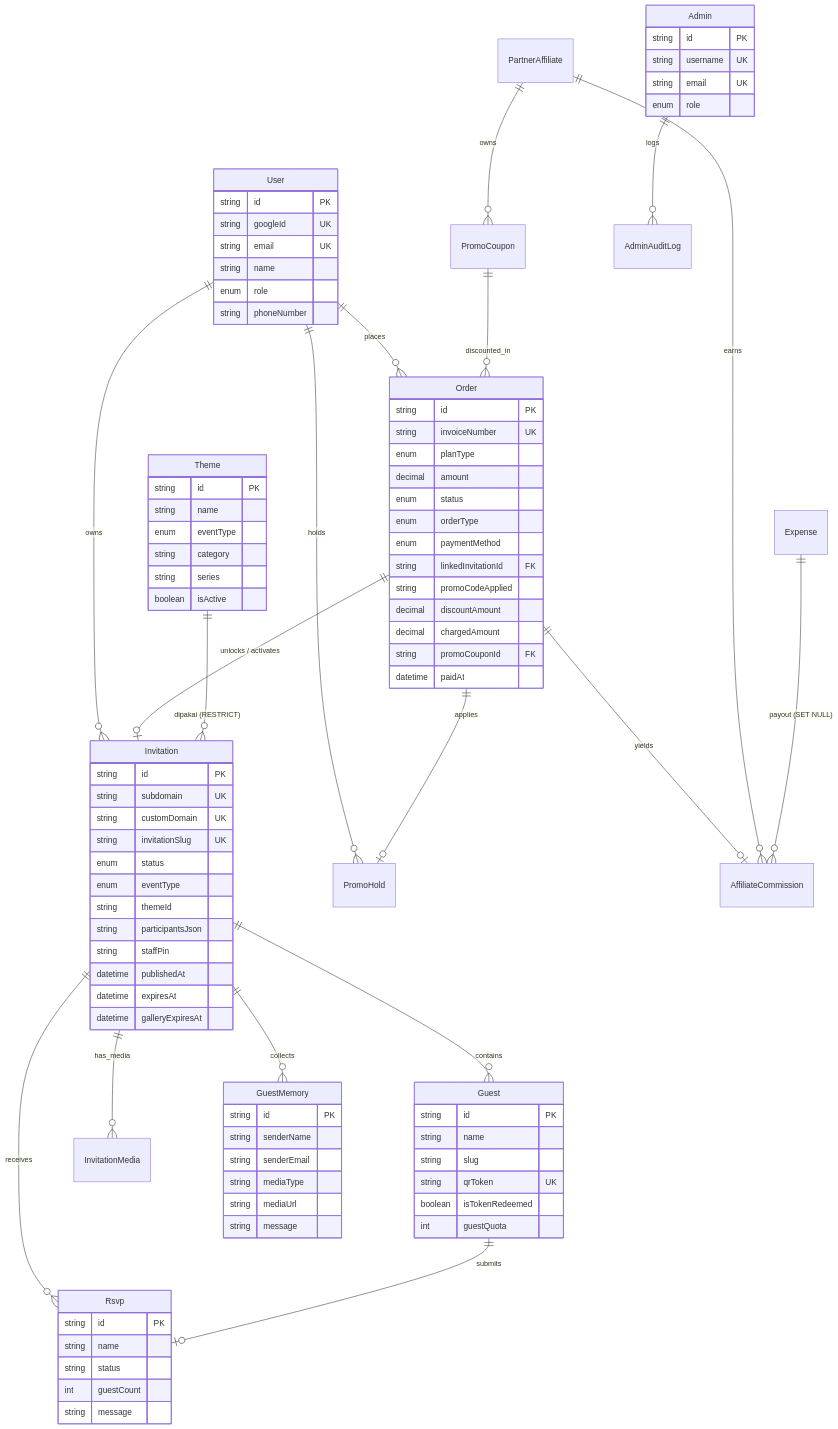
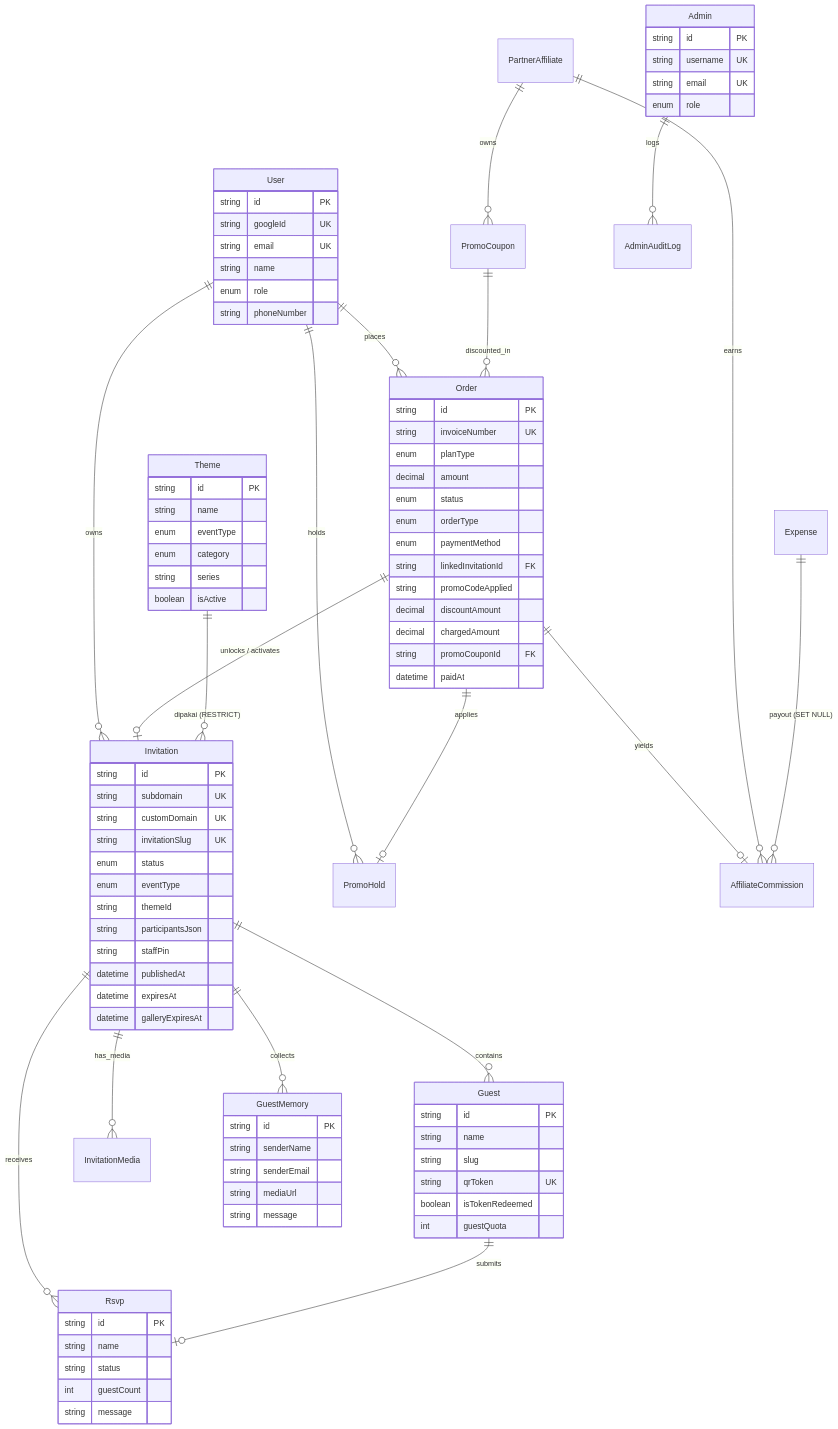
One commit to armansyam/luxenary-invite changed the first of 3 diagrams in docs/DATABASE_SCHEMA_DAN_RELASI.md. Above: the diagram before and after it, drawn with Mermaid. The commit also changed other lines of this file and 21 other files, not shown here.

First line of the commit message:
feat(db): move remaining data rules into the schema and drop the dead column

```diff
--- a/docs/DATABASE_SCHEMA_DAN_RELASI.md
+++ b/docs/DATABASE_SCHEMA_DAN_RELASI.md
@@ -71,7 +71,7 @@
         string id PK
         string name
         enum eventType
-        string category
+        enum category
         string series
         boolean isActive
     }
@@ -97,7 +97,6 @@
         string id PK
         string senderName
         string senderEmail
-        string mediaType
         string mediaUrl
         string message
     }
```
